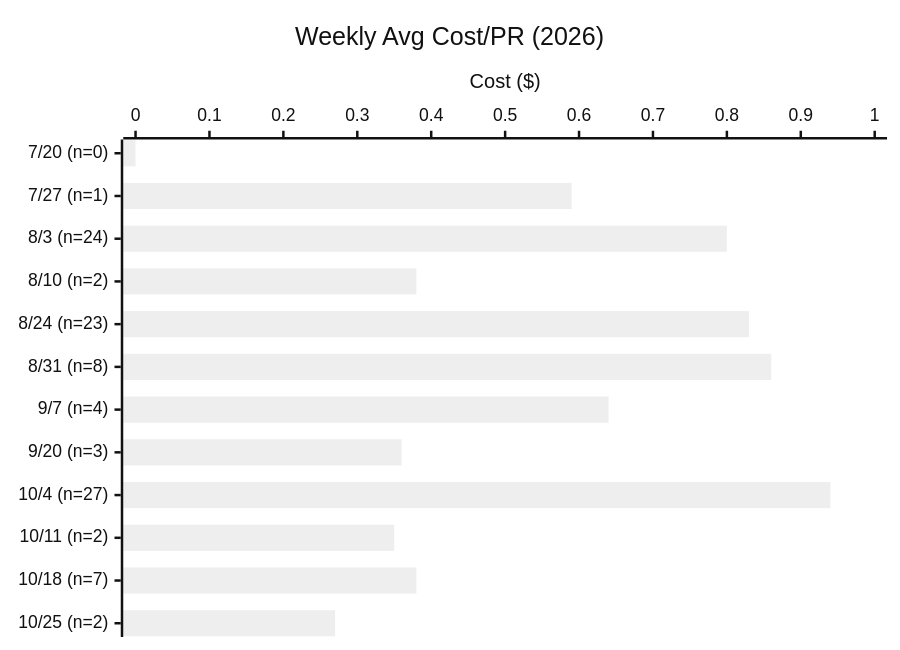
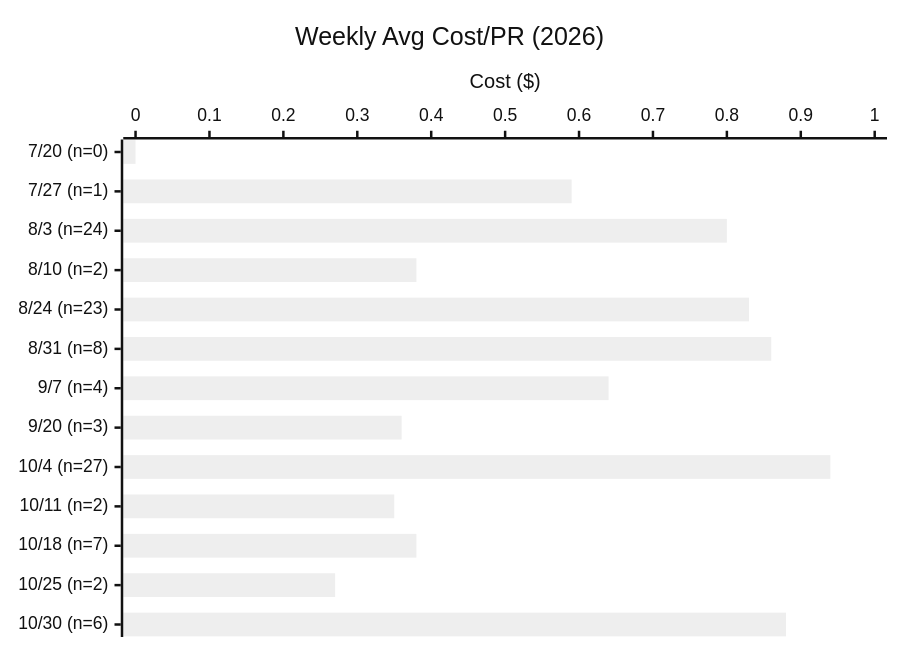
One commit to Bhavy-Ranka/patina changed the second of 3 diagrams in EVAL.md. Above: the diagram before and after it, drawn with Mermaid (neutral theme). The commit also changed other lines of this file and 1 other file, not shown here.

````diff
--- a/EVAL.md
+++ b/EVAL.md
@@ -108,7 +112,7 @@
 ```mermaid
 xychart-beta horizontal
     title "Weekly Avg Cost/PR (2026)"
-    x-axis ["7/20 (n=0)", "7/27 (n=1)", "8/3 (n=24)", "8/10 (n=2)", "8/24 (n=23)", "8/31 (n=8)", "9/7 (n=4)", "9/20 (n=3)", "10/4 (n=27)", "10/11 (n=2)", "10/18 (n=7)", "10/25 (n=2)"]
+    x-axis ["7/20 (n=0)", "7/27 (n=1)", "8/3 (n=24)", "8/10 (n=2)", "8/24 (n=23)", "8/31 (n=8)", "9/7 (n=4)", "9/20 (n=3)", "10/4 (n=27)", "10/11 (n=2)", "10/18 (n=7)", "10/25 (n=2)", "10/30 (n=6)"]
     y-axis "Cost ($)" 0 --> 1
-    bar [0.00, 0.59, 0.80, 0.38, 0.83, 0.86, 0.64, 0.36, 0.94, 0.35, 0.38, 0.27]
+    bar [0.00, 0.59, 0.80, 0.38, 0.83, 0.86, 0.64, 0.36, 0.94, 0.35, 0.38, 0.27, 0.88]
 ```
````
